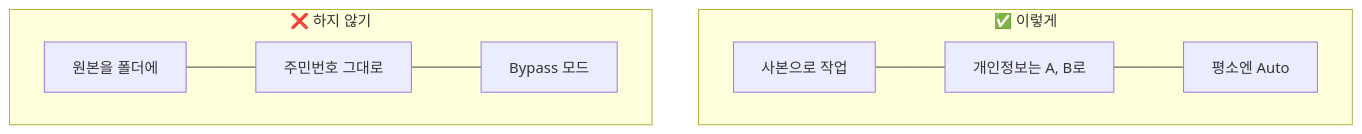
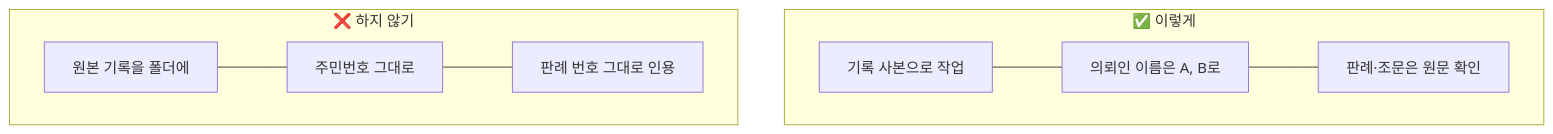
One commit to gyuber/claude-basics changed the diagram in 기초/10-안전하게-쓰기.md. Above: the diagram before and after it, drawn with Mermaid. The commit also changed other lines of this file and 32 other files, not shown here.

````diff
--- a/기초/10-안전하게-쓰기.md
+++ b/기초/10-안전하게-쓰기.md
@@ -3,9 +3,9 @@
 ```mermaid
 flowchart TB
   subgraph 안전["✅ 이렇게"]
-    a["사본으로 작업"] --- b["개인정보는 A, B로"] --- c["평소엔 Auto"]
+    a["기록 사본으로 작업"] --- b["의뢰인 이름은 A, B로"] --- c["판례·조문은 원문 확인"]
   end
   subgraph 위험["❌ 하지 않기"]
-    d["원본을 폴더에"] --- e["주민번호 그대로"] --- f["Bypass 모드"]
+    d["원본 기록을 폴더에"] --- e["주민번호 그대로"] --- f["판례 번호 그대로 인용"]
   end
 ```
````
